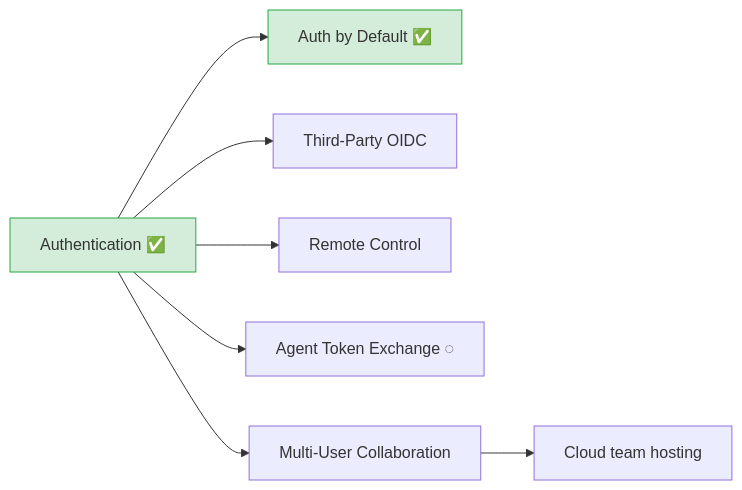
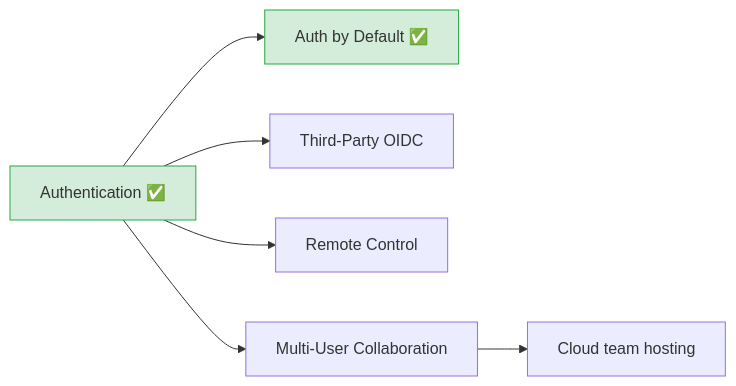
One commit to changkun/wallfacer changed the first of 4 diagrams in specs/README.md. Above: the diagram before and after it, drawn with Mermaid. The commit also changed other lines of this file and 11 other files, not shown here.

Commit message:
docs, specs: the token exchange is archived and the live pages describe the actor token; two identity waivers retire

````diff
--- a/specs/README.md
+++ b/specs/README.md
@@ -116,12 +116,11 @@
 ```mermaid
 graph LR
   AUTH[Authentication ✅] --> ABD[Auth by Default ✅]
   AUTH --> TPO[Third-Party OIDC]
   AUTH --> RC[Remote Control]
-  AUTH --> ATE[Agent Token Exchange ◌]
   AUTH --> MUC[Multi-User Collaboration]
   MUC --> CH[Cloud team hosting]
 
   style AUTH fill:#d4edda,stroke:#28a745
   style ABD fill:#d4edda,stroke:#28a745
 ```
````
